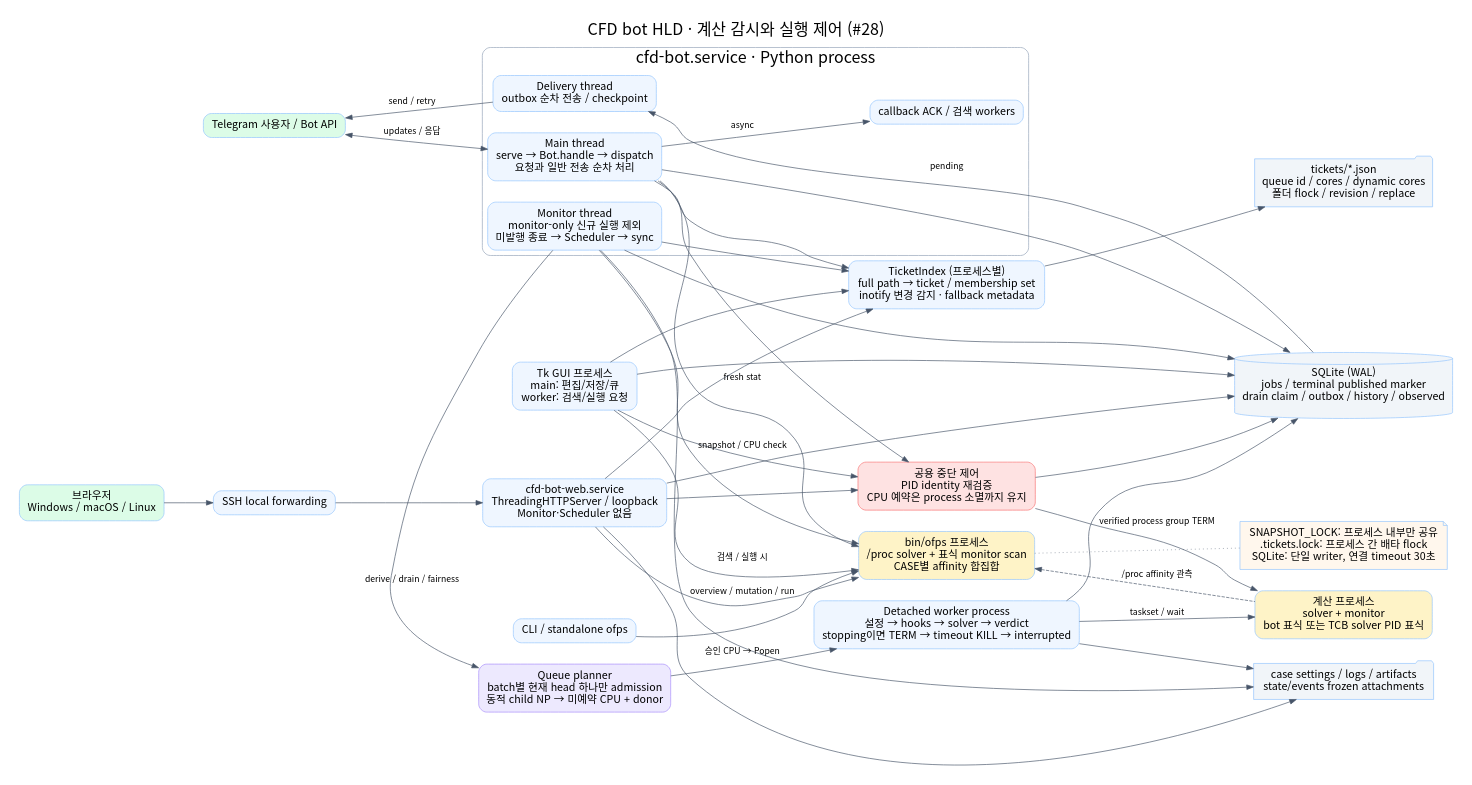
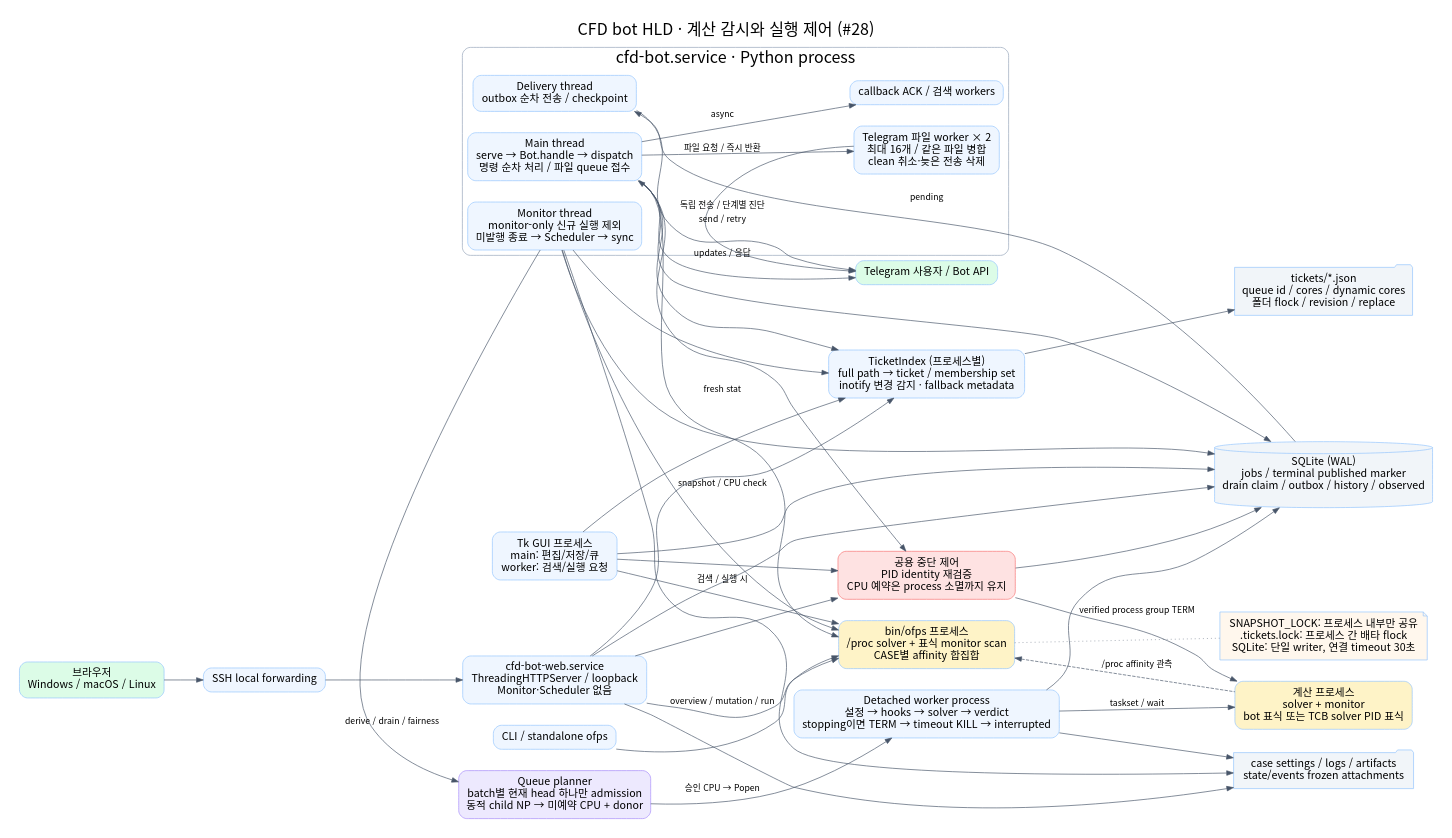
The diagram in docs/diagrams/system-hld.dot (jo0n-lab/cfd-bot), drawn with Graphviz before and after one commit. The commit also changed 52 other files, not shown here.

Commit message:
fix: isolate Telegram uploads and bound request backlog

```diff
--- a/docs/diagrams/system-hld.dot
+++ b/docs/diagrams/system-hld.dot
@@ -1,45 +1,47 @@
 digraph system {
  graph [rankdir=LR,bgcolor="white",pad=0.3,nodesep=0.45,ranksep=0.8,fontname="Noto Sans CJK KR",fontsize=24,label="CFD bot HLD · 계산 감시와 실행 제어 (#28)",labelloc=t];
  node [shape=box,style="rounded,filled",fillcolor="#eff6ff",color="#93c5fd",fontname="Noto Sans CJK KR",fontsize=16,margin="0.18,0.12"];
  edge [fontname="Noto Sans CJK KR",fontsize=13,color="#475569"];
  tg [label="Telegram 사용자 / Bot API",fillcolor="#dcfce7"];
  browser [label="브라우저\nWindows / macOS / Linux",fillcolor="#dcfce7"];
  ssh [label="SSH local forwarding"];
  gui [label="Tk GUI 프로세스\nmain: 편집/저장/큐\nworker: 검색/실행 요청"];
  cli [label="CLI / standalone ofps"];
  subgraph cluster_bot {
   label="cfd-bot.service · Python process";color="#94a3b8";style=rounded;
-  main [label="Main thread\nserve → Bot.handle → dispatch\n요청과 일반 전송 순차 처리"];
+  main [label="Main thread\nserve → Bot.handle → dispatch\n명령 순차 처리 / 파일 queue 접수"];
+  uploads [label="Telegram 파일 worker × 2\n최대 16개 / 같은 파일 병합\nclean 취소·늦은 전송 삭제"];
   mon [label="Monitor thread\nmonitor-only 신규 실행 제외\n미발행 종료 → Scheduler → sync"];
   delivery [label="Delivery thread\noutbox 순차 전송 / checkpoint"];
   ack [label="callback ACK / 검색 workers"];
  }
  web [label="cfd-bot-web.service\nThreadingHTTPServer / loopback\nMonitor·Scheduler 없음"];
  scan [label="bin/ofps 프로세스\n/proc solver + 표식 monitor scan\nCASE별 affinity 합집합",fillcolor="#fef3c7"];
  worker [label="Detached worker process\n설정 → hooks → solver → verdict\nstopping이면 TERM → timeout KILL → interrupted"];
  calc [label="계산 프로세스\nsolver + monitor\nbot 표식 또는 TCB solver PID 표식",fillcolor="#fef3c7"];
  db [shape=cylinder,label="SQLite (WAL)\njobs / terminal published marker\ndrain claim / outbox / history / observed",fillcolor="#f1f5f9"];
  tickets [shape=folder,label="tickets/*.json\nqueue id / cores / dynamic cores\n폴더 flock / revision / replace",fillcolor="#f1f5f9"];
  files [shape=folder,label="case settings / logs / artifacts\nstate/events frozen attachments",fillcolor="#f1f5f9"];
  tg -> main [label="updates / 응답",dir=both];main -> ack [label="async"];
+ main -> uploads [label="파일 요청 / 즉시 반환"];uploads -> tg [label="독립 전송 / 단계별 진단"];
  browser -> ssh -> web;
  main -> scan [label="fresh stat"];
  mon -> scan [label="snapshot / CPU check"];
  web -> scan [label="overview / mutation / run"];
  gui -> scan [label="검색 / 실행 시"];
  cli -> scan;
  planner [label="Queue planner\nbatch별 현재 head 하나만 admission\n동적 child NP → 미예약 CPU + donor",fillcolor="#ede9fe",color="#a78bfa"];
  mon -> planner [label="derive / drain / fairness"];
  planner -> worker [label="승인 CPU → Popen"];
  worker -> calc [label="taskset / wait"];
  scan -> calc [label="/proc affinity 관측",style=dashed,dir=back];
  main -> db;mon -> db;web -> db;gui -> db;worker -> db;
  stop [label="공용 중단 제어\nPID identity 재검증\nCPU 예약은 process 소멸까지 유지",fillcolor="#fee2e2",color="#f87171"];
  main -> stop;web -> stop;gui -> stop;stop -> db;stop -> calc [label="verified process group TERM"];
  db -> delivery [label="pending"];delivery -> tg [label="send / retry"];
  index [label="TicketIndex (프로세스별)\nfull path → ticket / membership set\ninotify 변경 감지 · fallback metadata"];
  main -> index;mon -> index;web -> index;gui -> index;index -> tickets;
  worker -> files;mon -> files;web -> files;
  note [shape=note,label="SNAPSHOT_LOCK: 프로세스 내부만 공유\n.tickets.lock: 프로세스 간 배타 flock\nSQLite: 단일 writer, 연결 timeout 30초",fillcolor="#fff7ed"];
  scan -> note [style=dotted,arrowhead=none];
 }
```
